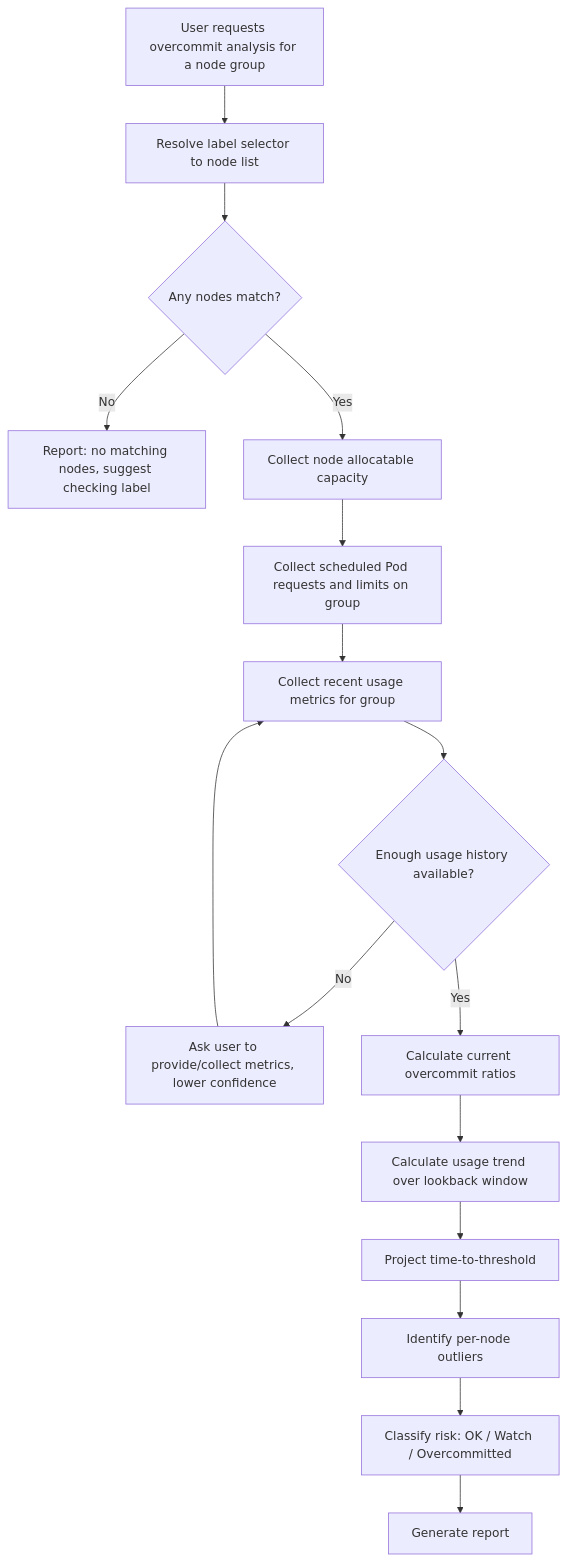
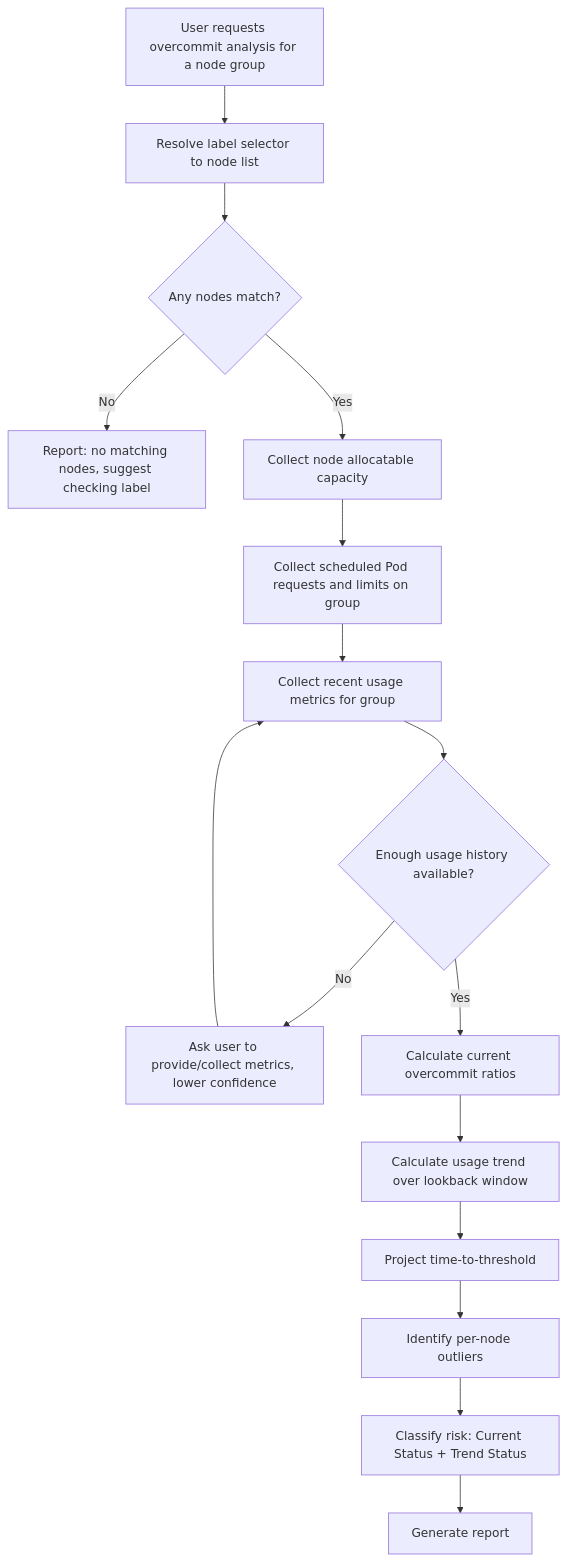
The diagram in docs/PRD/skill4.md (BrandonOrigin/k8s-ai-skills), drawn with Mermaid before and after one commit. The commit also changed other lines of this file, not shown here.

````diff
--- a/docs/PRD/skill4.md
+++ b/docs/PRD/skill4.md
@@ -101,23 +101,23 @@
 ```mermaid
 flowchart TD
 
 A[User requests overcommit analysis for a node group] --> B[Resolve label selector to node list]
 
 B --> C{Any nodes match?}
 C -->|No| Z[Report: no matching nodes, suggest checking label]
 C -->|Yes| D[Collect node allocatable capacity]
 
 D --> E[Collect scheduled Pod requests and limits on group]
 E --> F[Collect recent usage metrics for group]
 
 F --> G{Enough usage history available?}
 G -->|No| H[Ask user to provide/collect metrics, lower confidence]
 H --> F
 G -->|Yes| I[Calculate current overcommit ratios]
 
 I --> J[Calculate usage trend over lookback window]
 J --> K[Project time-to-threshold]
 K --> L[Identify per-node outliers]
-L --> M[Classify risk: OK / Watch / Overcommitted]
+L --> M[Classify risk: Current Status + Trend Status]
 M --> N[Generate report]
 ```
````
